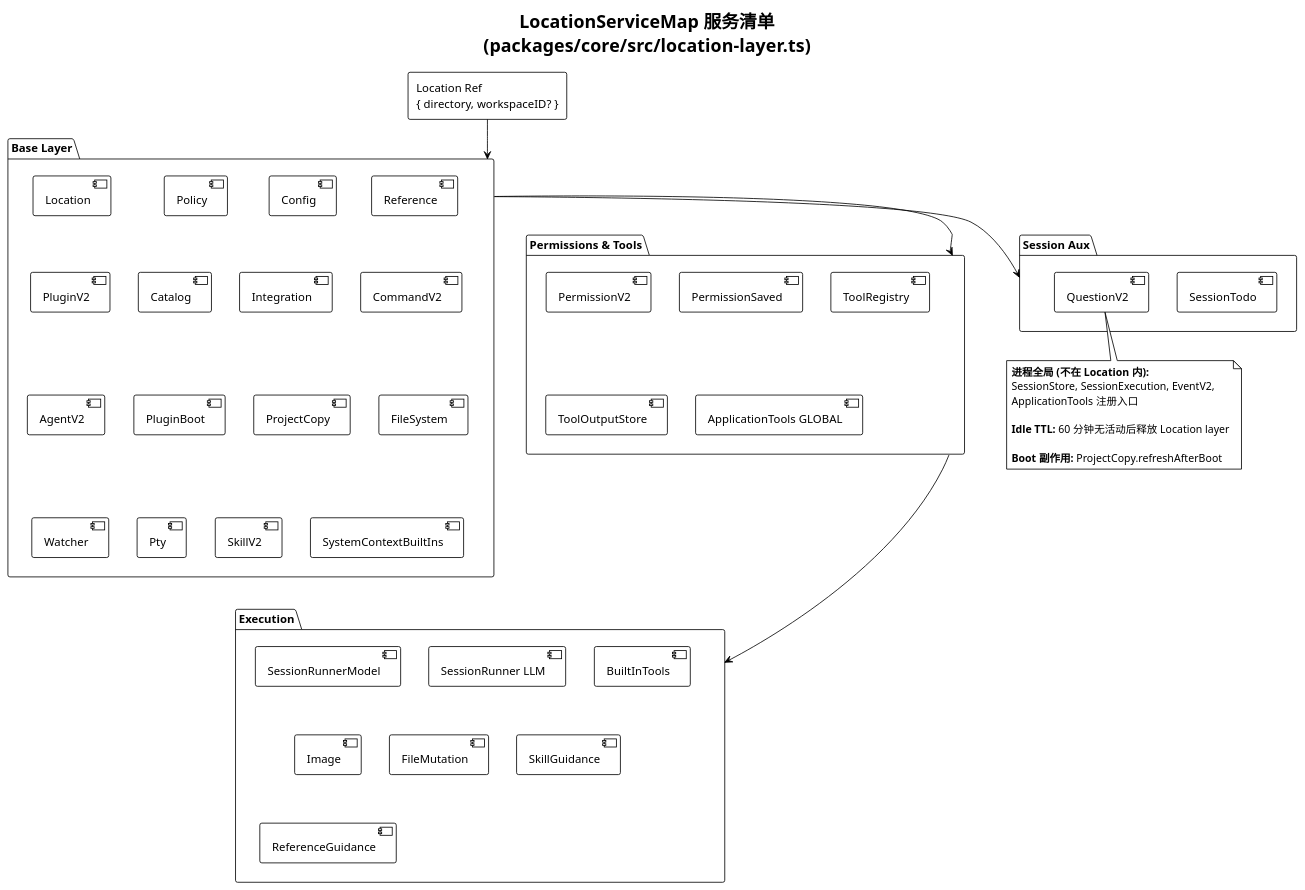
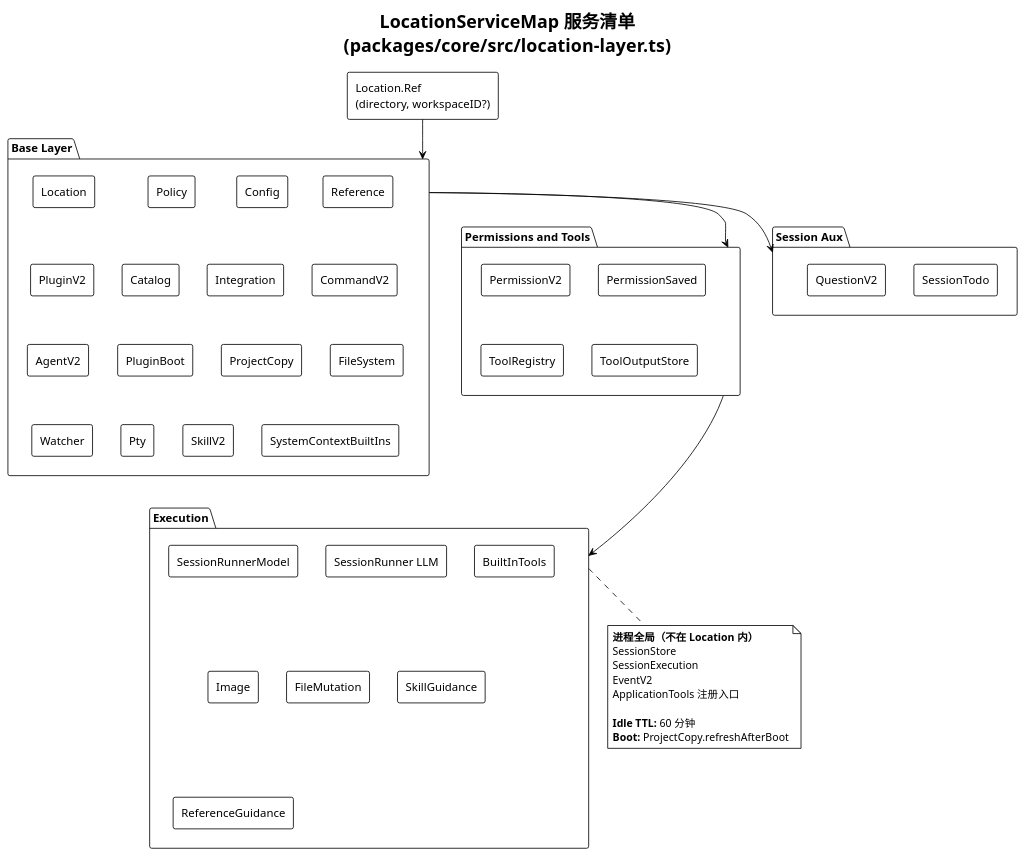
Before and after one commit to liu-kaining/opencode: the diagram in liukaining_watch/diagram/12-location-scoped-services.puml, drawn with PlantUML. The commit also changed 8 other files, not shown here.

First line of the commit message:
docs(liukaining_watch): embed diagrams as Kroki and PlantUML code blocks

```diff
--- a/liukaining_watch/diagram/12-location-scoped-services.puml
+++ b/liukaining_watch/diagram/12-location-scoped-services.puml
@@ -1,64 +1,66 @@
 @startuml opencode-location-services
 !theme plain
+skinparam componentStyle rectangle
+skinparam shadowing false
 title LocationServiceMap 服务清单\n(packages/core/src/location-layer.ts)
 
-rectangle "Location Ref\n{ directory, workspaceID? }" as loc
+rectangle "Location.Ref\n(directory, workspaceID?)" as loc
 
-package "Base Layer" {
-  [Location]
-  [Policy]
-  [Config]
-  [Reference]
-  [PluginV2]
-  [Catalog]
-  [Integration]
-  [CommandV2]
-  [AgentV2]
-  [PluginBoot]
-  [ProjectCopy]
-  [FileSystem]
-  [Watcher]
-  [Pty]
-  [SkillV2]
-  [SystemContextBuiltIns]
+package "Base Layer" as basePkg {
+  [Location] as location
+  [Policy] as policy
+  [Config] as config
+  [Reference] as reference
+  [PluginV2] as plugin
+  [Catalog] as catalog
+  [Integration] as integration
+  [CommandV2] as command
+  [AgentV2] as agent
+  [PluginBoot] as pluginBoot
+  [ProjectCopy] as projectCopy
+  [FileSystem] as fs
+  [Watcher] as watcher
+  [Pty] as pty
+  [SkillV2] as skill
+  [SystemContextBuiltIns] as sysctx
 }
 
-package "Permissions & Tools" {
-  [PermissionV2]
-  [PermissionSaved]
-  [ToolRegistry]
-  [ToolOutputStore]
-  [ApplicationTools GLOBAL]
+package "Permissions and Tools" as permPkg {
+  [PermissionV2] as perm
+  [PermissionSaved] as permSaved
+  [ToolRegistry] as tools
+  [ToolOutputStore] as toolOut
 }
 
-package "Execution" {
-  [SessionRunnerModel]
-  [SessionRunner LLM]
-  [BuiltInTools]
-  [Image]
-  [FileMutation]
-  [SkillGuidance]
-  [ReferenceGuidance]
+package "Execution" as execPkg {
+  [SessionRunnerModel] as model
+  [SessionRunner LLM] as runner
+  [BuiltInTools] as builtins
+  [Image] as image
+  [FileMutation] as mutation
+  [SkillGuidance] as skillGuide
+  [ReferenceGuidance] as refGuide
 }
 
-package "Session Aux" {
-  [SessionTodo]
-  [QuestionV2]
+package "Session Aux" as auxPkg {
+  [SessionTodo] as todo
+  [QuestionV2] as question
 }
 
-loc --> "Base Layer"
-"Base Layer" --> "Permissions & Tools"
-"Permissions & Tools" --> "Execution"
-"Base Layer" --> "Session Aux"
+loc --> basePkg
+basePkg --> permPkg
+permPkg --> execPkg
+basePkg --> auxPkg
 
-note bottom
-  **进程全局 (不在 Location 内):**
-  SessionStore, SessionExecution, EventV2,
+note bottom of execPkg
+  **进程全局（不在 Location 内）**
+  SessionStore
+  SessionExecution
+  EventV2
   ApplicationTools 注册入口
 
-  **Idle TTL:** 60 分钟无活动后释放 Location layer
-
-  **Boot 副作用:** ProjectCopy.refreshAfterBoot
+  **Idle TTL:** 60 分钟
+  **Boot:** ProjectCopy.refreshAfterBoot
 end note
 
 @enduml
```
